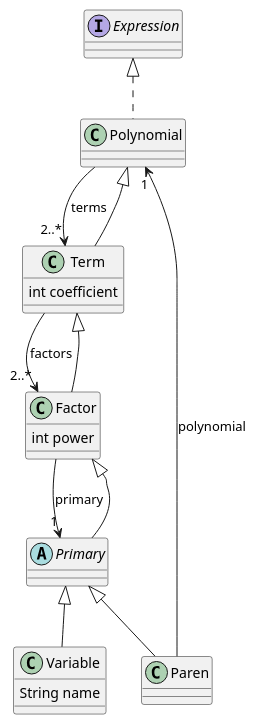
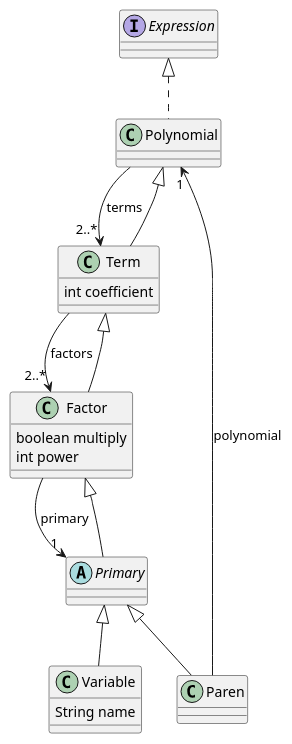
The diagram in doc/classes3.plantuml (saka1029/form), drawn with PlantUML before and after one commit. The commit also changed 1 other file, not shown here.

```diff
--- a/doc/classes3.plantuml
+++ b/doc/classes3.plantuml
@@ -1,25 +1,26 @@
 @startuml form
 interface Expression
 class Polynomial
 Polynomial .up.|> Expression
 Polynomial --> "2..*" Term : terms
 class Term {
     int coefficient
 }
 Term -up-|> Polynomial
 Term --> "2..*" Factor : factors
 class Factor {
+    boolean multiply
     int power
 }
 Factor -up-|> Term
 Factor --> "1" Primary : primary
 abstract class Primary
 Primary -up-|> Factor
 class Variable {
     String name
 }
 Variable -up-|> Primary
 class Paren
 Paren -up-|> Primary
 Paren -up-> "1" Polynomial : polynomial
 @enduml
```
